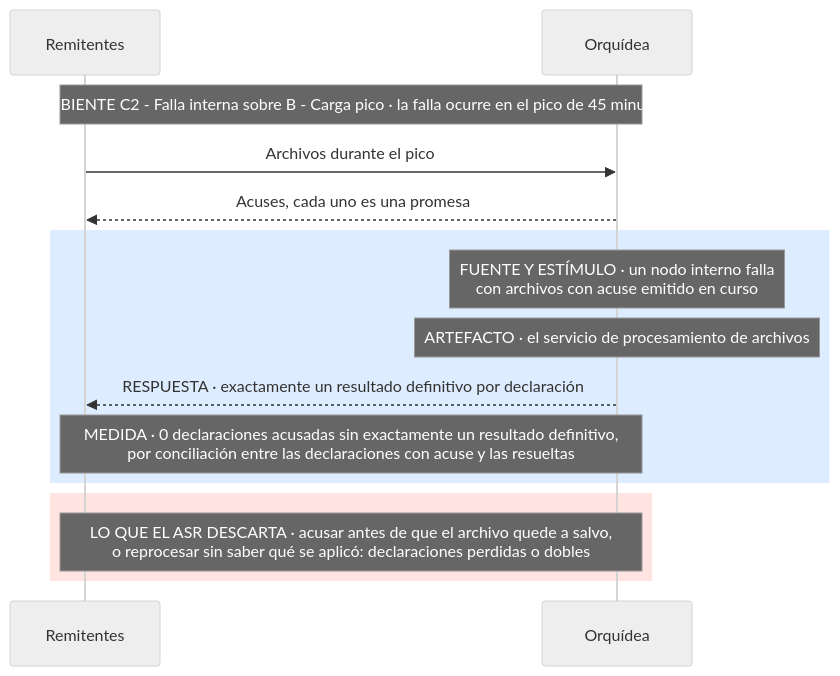
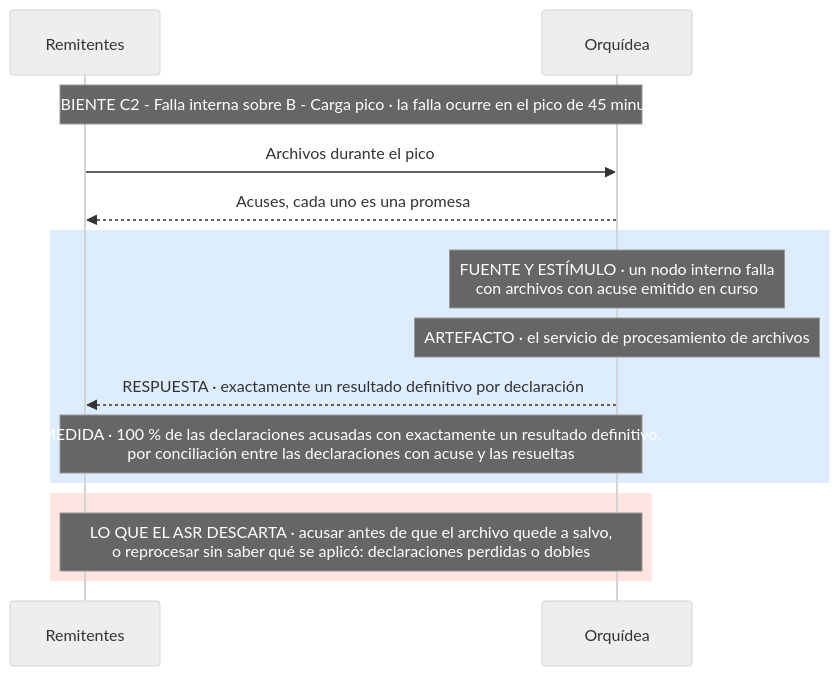
The eighth of 17 diagrams in docs/quality-attributes.md (MATI-MBIT/arqsoft-reto-4), drawn with Mermaid (neutral theme) before and after one commit. The commit also changed other lines of this file and 1 other file, not shown here.

````diff
--- a/docs/quality-attributes.md
+++ b/docs/quality-attributes.md
@@ -432,17 +431,17 @@
 ```mermaid
 sequenceDiagram
     participant R as Remitentes
     participant O as Orquídea
     Note over R,O: AMBIENTE C2 - Falla interna sobre B - Carga pico · la falla ocurre en el pico de 45 minutos
     R->>O: Archivos durante el pico
     O-->>R: Acuses, cada uno es una promesa
     rect rgb(222, 236, 255)
     Note over O: FUENTE Y ESTÍMULO · un nodo interno falla<br/>con archivos con acuse emitido en curso
     Note over O: ARTEFACTO · el servicio de procesamiento de archivos
     O-->>R: RESPUESTA · exactamente un resultado definitivo por declaración
-    Note over R,O: MEDIDA · 0 declaraciones acusadas sin exactamente un resultado definitivo,<br/>por conciliación entre las declaraciones con acuse y las resueltas
+    Note over R,O: MEDIDA · 100 % de las declaraciones acusadas con exactamente un resultado definitivo,<br/>por conciliación entre las declaraciones con acuse y las resueltas
     end
     rect rgb(255, 228, 225)
     Note over R,O: LO QUE EL ASR DESCARTA · acusar antes de que el archivo quede a salvo,<br/>o reprocesar sin saber qué se aplicó: declaraciones perdidas o dobles
     end
 ```
````
